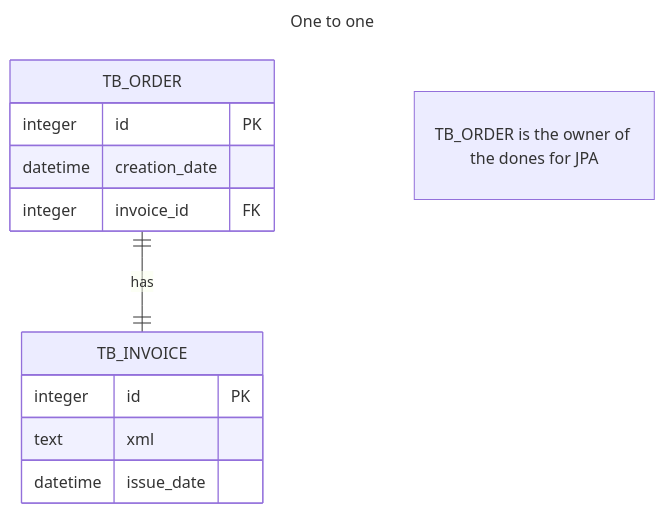
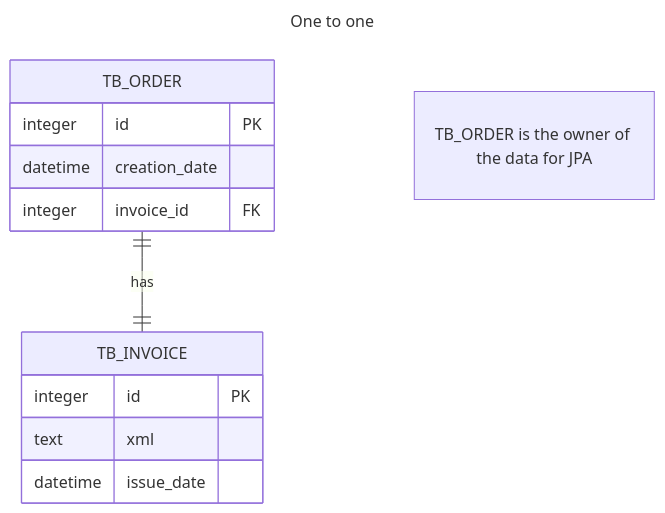
The third of 5 diagrams in JPA-Relationship-Mappings.md (mario1980miranda/jpa-hibernate6), drawn with Mermaid before and after one commit. The commit also changed 4 other files, not shown here.

````diff
--- a/JPA-Relationship-Mappings.md
+++ b/JPA-Relationship-Mappings.md
@@ -95,18 +95,18 @@
 ```mermaid
 ---
 title: One to one
 ---
 erDiagram
     TB_ORDER ||--|| TB_INVOICE : has
-    "TB_ORDER is the owner of the dones for JPA"
+    "TB_ORDER is the owner of the data for JPA"
     TB_ORDER {
         integer id PK
         datetime creation_date
         integer invoice_id FK
     }
     TB_INVOICE {
         integer id PK
         text xml
         datetime issue_date
     }
 ```
````
